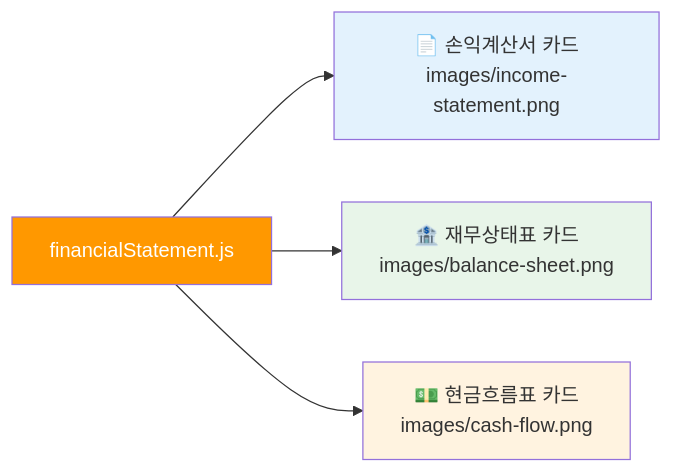
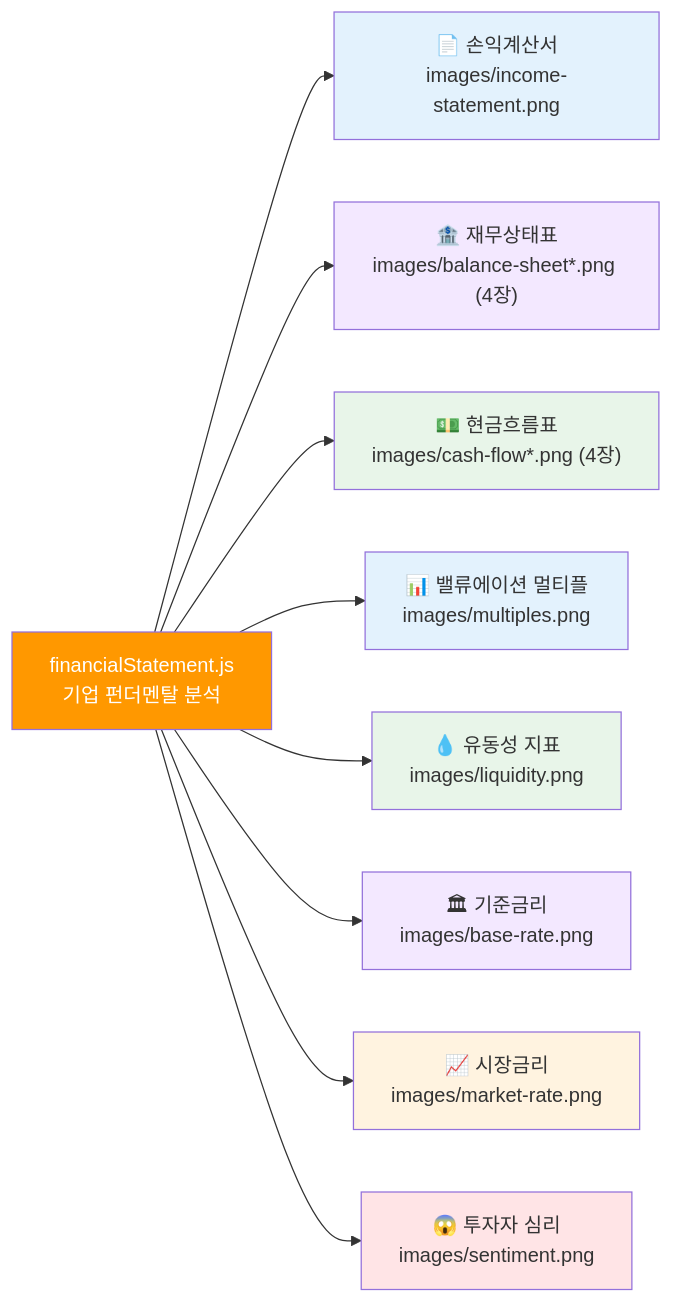
The fifth of 5 diagrams in docs/07.md (edumgt/python-quant), drawn with Mermaid before and after one commit. The commit also changed other lines of this file and 7 other files, not shown here.

````diff
--- a/docs/07.md
+++ b/docs/07.md
@@ -1036,12 +1086,22 @@
 ```mermaid
 flowchart LR
-    JS["financialStatement.js"]
-    JS --> C1["📄 손익계산서 카드\nimages/income-statement.png"]
-    JS --> C2["🏦 재무상태표 카드\nimages/balance-sheet.png"]
-    JS --> C3["💵 현금흐름표 카드\nimages/cash-flow.png"]
+    JS["financialStatement.js\n기업 펀더멘탈 분석"]
+    JS --> C1["📄 손익계산서\nimages/income-statement.png"]
+    JS --> C2["🏦 재무상태표\nimages/balance-sheet*.png (4장)"]
+    JS --> C3["💵 현금흐름표\nimages/cash-flow*.png (4장)"]
+    JS --> C4["📊 밸류에이션 멀티플\nimages/multiples.png"]
+    JS --> C5["💧 유동성 지표\nimages/liquidity.png"]
+    JS --> C6["🏛 기준금리\nimages/base-rate.png"]
+    JS --> C7["📈 시장금리\nimages/market-rate.png"]
+    JS --> C8["😱 투자자 심리\nimages/sentiment.png"]
 
     style JS fill:#FF9800,color:#fff
     style C1 fill:#E3F2FD
-    style C2 fill:#E8F5E9
-    style C3 fill:#FFF3E0
+    style C2 fill:#F3E8FF
+    style C3 fill:#E8F5E9
+    style C4 fill:#E3F2FD
+    style C5 fill:#E8F5E9
+    style C6 fill:#F3E8FF
+    style C7 fill:#FFF3E0
+    style C8 fill:#FFE4E6
 ```
````
